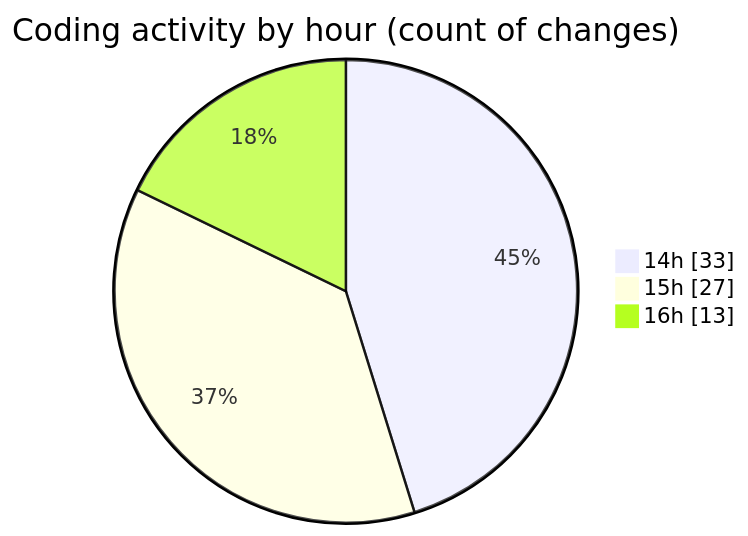
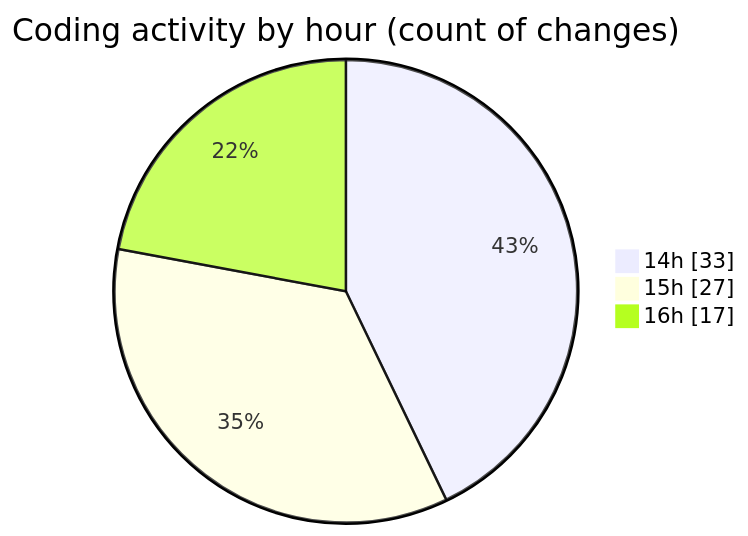
One commit to jadenblack/code-tracking changed the second of 2 diagrams in 2026-03-04/shadcn-admin-kit-main__workspace_/README.md. Above: the diagram before and after it, drawn with Mermaid. The commit also changed other lines of this file and 1 other file, not shown here.

````diff
--- a/2026-03-04/shadcn-admin-kit-main__workspace_/README.md
+++ b/2026-03-04/shadcn-admin-kit-main__workspace_/README.md
@@ -65,7 +65,7 @@
 ```mermaid
 pie showData
 title Coding activity by hour (count of changes)
 "14h" : 33
 "15h" : 27
-"16h" : 13
+"16h" : 17
 ```
````
